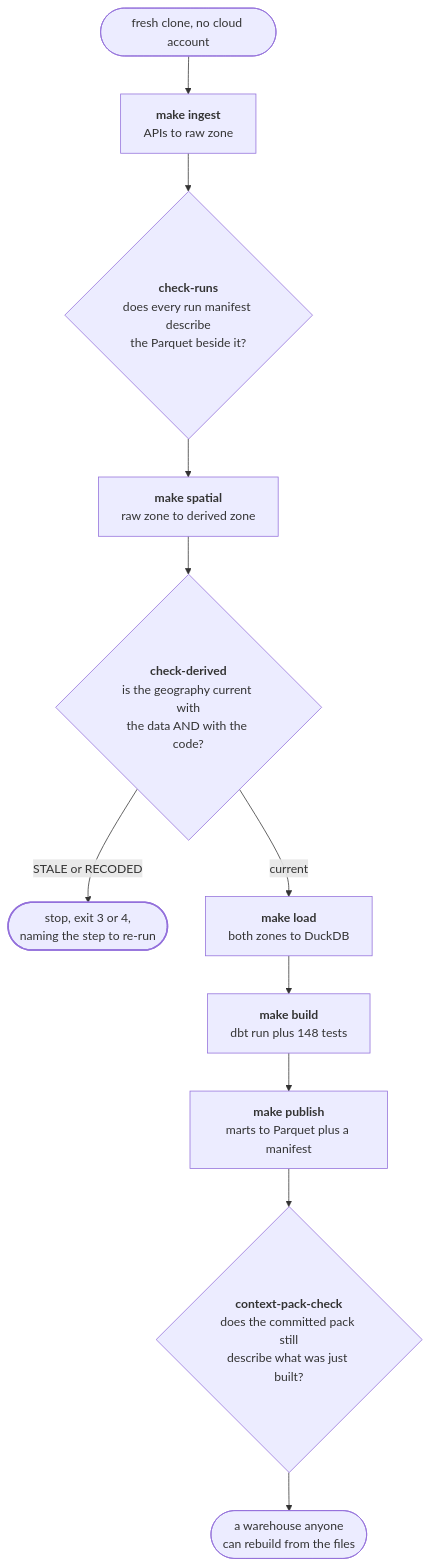
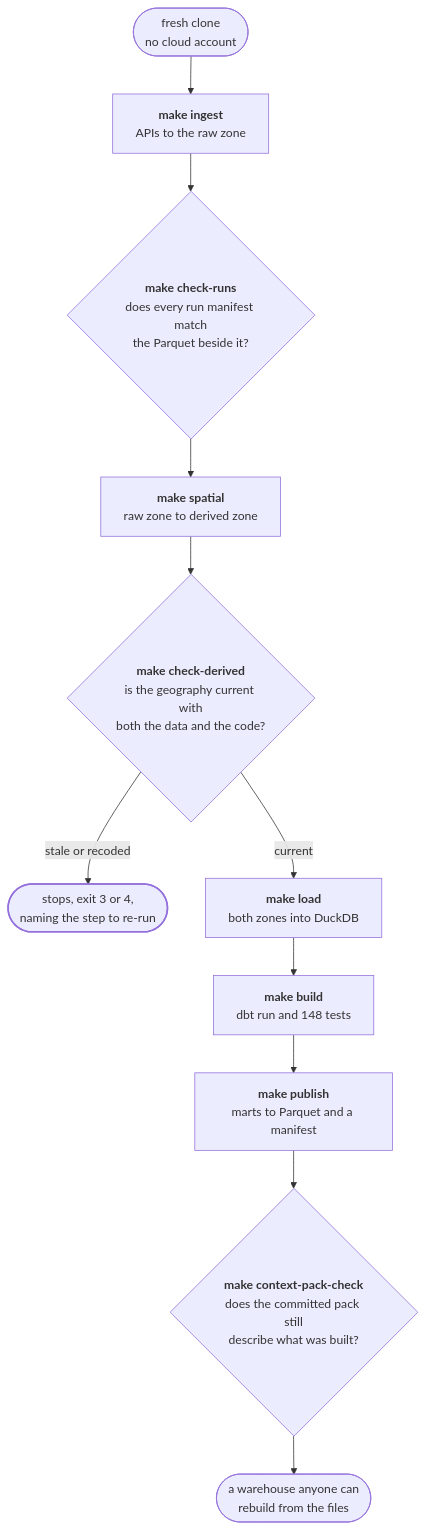
One commit to mp321/sf-data-warehouse changed the second of 2 diagrams in README.md. Above: the diagram before and after it, drawn with Mermaid. The commit also changed other lines of this file and 5 other files, not shown here.

````diff
--- a/README.md
+++ b/README.md
@@ -116,15 +115,32 @@
 ```mermaid
 flowchart TD
-    START(["fresh clone, no cloud account"]) --> A["<b>make ingest</b><br/>APIs to raw zone"]
-    A --> G1{"<b>check-runs</b><br/>does every run manifest describe<br/>the Parquet beside it?"}
-    G1 --> B["<b>make spatial</b><br/>raw zone to derived zone"]
-    B --> G2{"<b>check-derived</b><br/>is the geography current with<br/>the data AND with the code?"}
-    G2 -->|"STALE or RECODED"| STOP(["stop, exit 3 or 4,<br/>naming the step to re-run"])
-    G2 -->|"current"| C["<b>make load</b><br/>both zones to DuckDB"]
-    C --> D["<b>make build</b><br/>dbt run plus 148 tests"]
-    D --> E["<b>make publish</b><br/>marts to Parquet plus a manifest"]
-    E --> G3{"<b>context-pack-check</b><br/>does the committed pack still<br/>describe what was just built?"}
-    G3 --> DONE(["a warehouse anyone<br/>can rebuild from the files"])
+    START(["fresh clone<br/>no cloud account"])
+    START --> A
+
+    A["<b>make ingest</b><br/>APIs to the raw zone"]
+    A --> G1
+
+    G1{"<b>make check-runs</b><br/>does every run manifest match<br/>the Parquet beside it?"}
+    G1 --> B
+
+    B["<b>make spatial</b><br/>raw zone to derived zone"]
+    B --> G2
+
+    G2{"<b>make check-derived</b><br/>is the geography current with<br/>both the data and the code?"}
+    G2 -->|"stale or recoded"| STOP(["stops, exit 3 or 4,<br/>naming the step to re-run"])
+    G2 -->|"current"| C
+
+    C["<b>make load</b><br/>both zones into DuckDB"]
+    C --> D
+
+    D["<b>make build</b><br/>dbt run and 148 tests"]
+    D --> E
+
+    E["<b>make publish</b><br/>marts to Parquet and a manifest"]
+    E --> G3
+
+    G3{"<b>make context-pack-check</b><br/>does the committed pack still<br/>describe what was built?"}
+    G3 --> DONE(["a warehouse anyone can<br/>rebuild from the files"])
 
     style STOP stroke-width:2px
 ```
````
